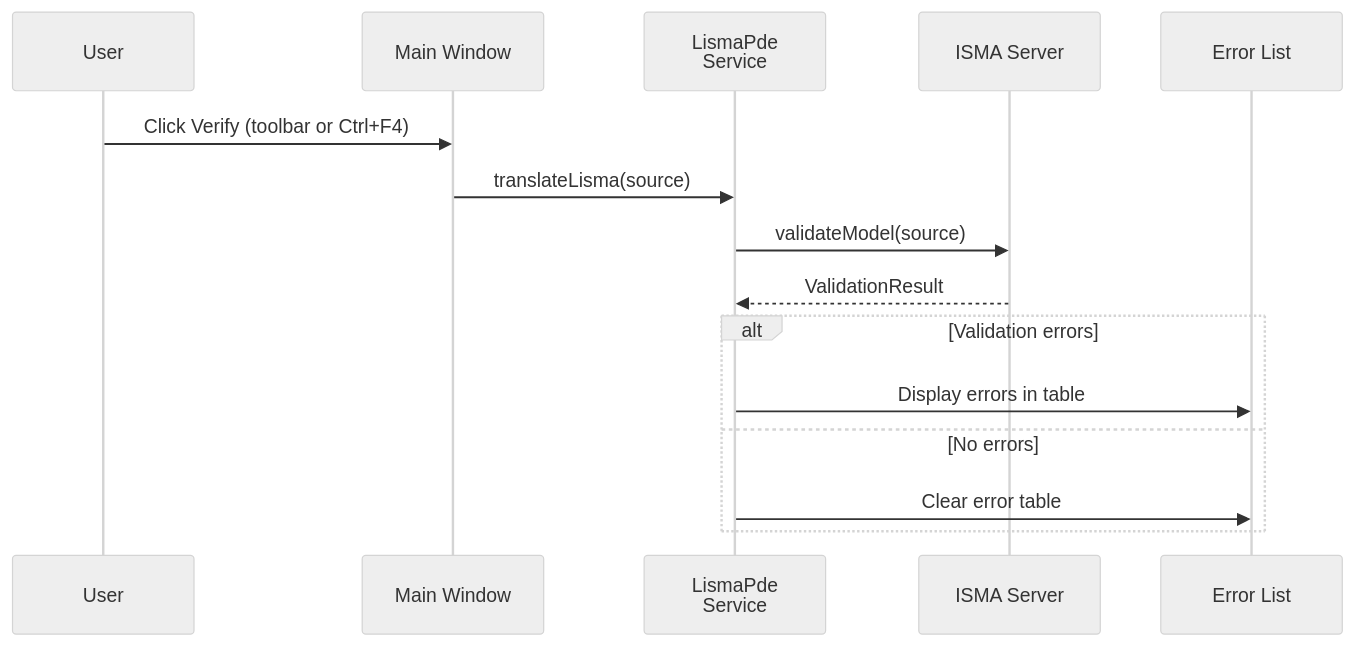
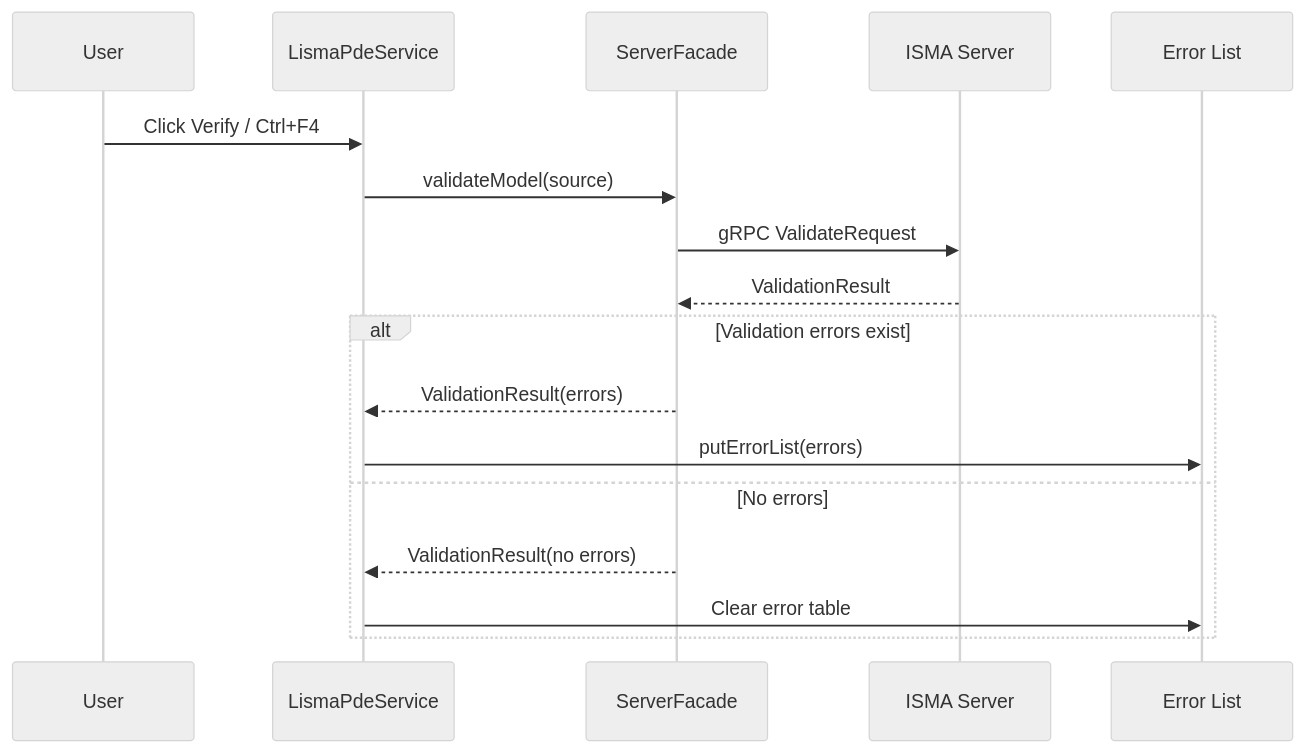
The fourth of 4 diagrams in docs/isma-ui/06-ux-reference.md (SmallBossGames/isma), drawn with Mermaid (neutral theme) before and after one commit. The commit also changed other lines of this file and 26 other files, not shown here.

````diff
--- a/docs/isma-ui/06-ux-reference.md
+++ b/docs/isma-ui/06-ux-reference.md
@@ -569,19 +527,20 @@
 ```mermaid
 sequenceDiagram
-    participant User
-    participant UI as Main Window
-    participant PdeSvc as LismaPde<br/>Service
+    participant U as User
+    participant LismaPde as LismaPdeService
+    participant Facade as ServerFacade
     participant Server as ISMA Server
-    participant Errors as Error List
+    participant Error as Error List
 
-    User->>UI: Click Verify (toolbar or Ctrl+F4)
-    UI->>PdeSvc: translateLisma(source)
-    PdeSvc->>Server: validateModel(source)
-    Server-->>PdeSvc: ValidationResult
-
-    alt Validation errors
-        PdeSvc->>Errors: Display errors in table
+    U->>LismaPde: Click Verify / Ctrl+F4
+    LismaPde->>Facade: validateModel(source)
+    Facade->>Server: gRPC ValidateRequest
+    Server-->>Facade: ValidationResult
+    alt Validation errors exist
+        Facade-->>LismaPde: ValidationResult(errors)
+        LismaPde->>Error: putErrorList(errors)
     else No errors
-        PdeSvc->>Errors: Clear error table
+        Facade-->>LismaPde: ValidationResult(no errors)
+        LismaPde->>Error: Clear error table
     end
 ```
````
